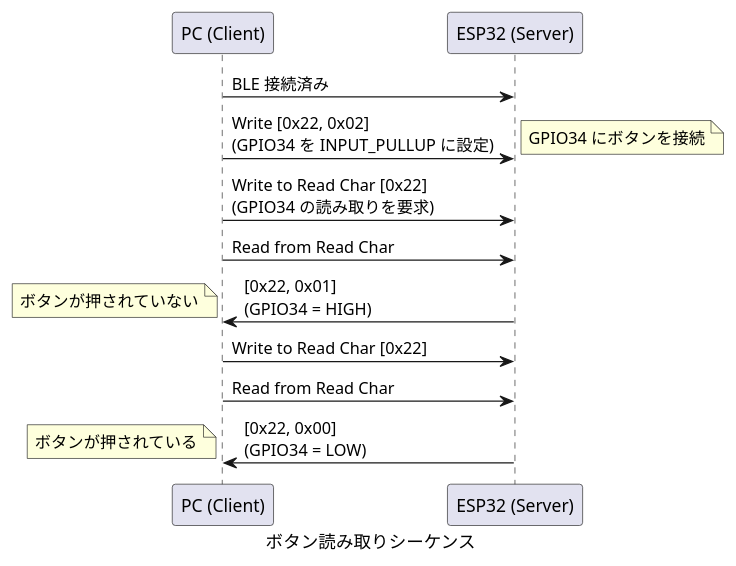
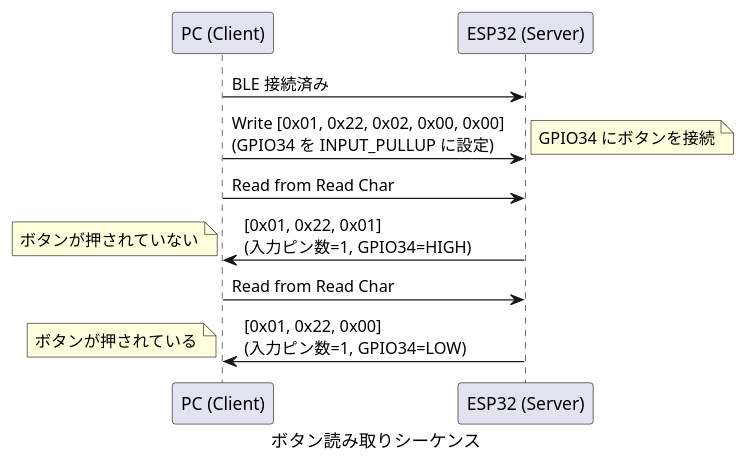
The third of 4 diagrams in docs-src/protocol.md (Hondarer/bleio), drawn with PlantUML before and after one commit. The commit also changed other lines of this file and 2 other files, not shown here.

````diff
--- a/docs-src/protocol.md
+++ b/docs-src/protocol.md
@@ -262,24 +292,21 @@
 ```plantuml
 @startuml ボタン読み取りシーケンス
     caption ボタン読み取りシーケンス
 
     participant "PC (Client)" as PC
     participant "ESP32 (Server)" as ESP32
 
     PC -> ESP32: BLE 接続済み
 
-    PC -> ESP32: Write [0x22, 0x02]\n(GPIO34 を INPUT_PULLUP に設定)
+    PC -> ESP32: Write [0x01, 0x22, 0x02, 0x00, 0x00]\n(GPIO34 を INPUT_PULLUP に設定)
     note right: GPIO34 にボタンを接続
 
-    PC -> ESP32: Write to Read Char [0x22]\n(GPIO34 の読み取りを要求)
+    PC -> ESP32: Read from Read Char
+    ESP32 -> PC: [0x01, 0x22, 0x01]\n(入力ピン数=1, GPIO34=HIGH)
+    note left: ボタンが押されていない
 
     PC -> ESP32: Read from Read Char
-    ESP32 -> PC: [0x22, 0x01]\n(GPIO34 = HIGH)
-    note left: ボタンが押されていない
-
-    PC -> ESP32: Write to Read Char [0x22]
-    PC -> ESP32: Read from Read Char
-    ESP32 -> PC: [0x22, 0x00]\n(GPIO34 = LOW)
+    ESP32 -> PC: [0x01, 0x22, 0x00]\n(入力ピン数=1, GPIO34=LOW)
     note left: ボタンが押されている
 @enduml
 ```
````
